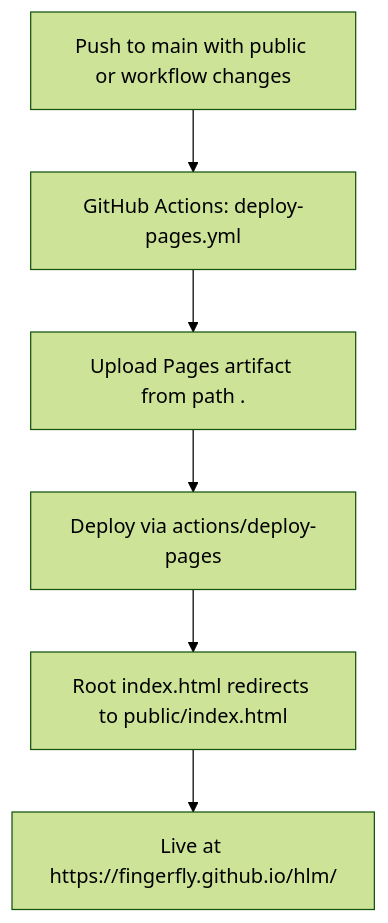
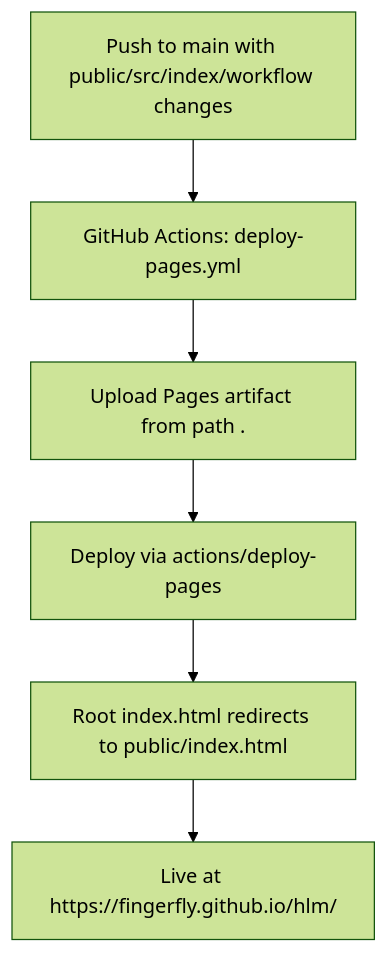
The first of 5 diagrams in DEPLOY_TO_GITHUB_MERMAID.md (fingerfly/hlm), drawn with Mermaid (forest theme) before and after one commit. The commit also changed 4 other files, not shown here.

````diff
--- a/DEPLOY_TO_GITHUB_MERMAID.md
+++ b/DEPLOY_TO_GITHUB_MERMAID.md
@@ -8,9 +8,9 @@
 ```mermaid
 flowchart TD
-  A[Push to main with public or workflow changes]
+  A[Push to main with public/src/index/workflow changes]
   --> B[GitHub Actions: deploy-pages.yml]
   B --> C[Upload Pages artifact from path .]
   C --> D[Deploy via actions/deploy-pages]
   D --> E[Root index.html redirects to public/index.html]
   E --> F[Live at https://fingerfly.github.io/hlm/]
 ```
````
